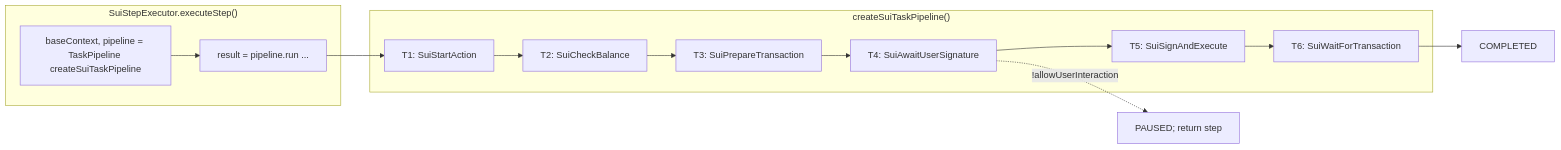
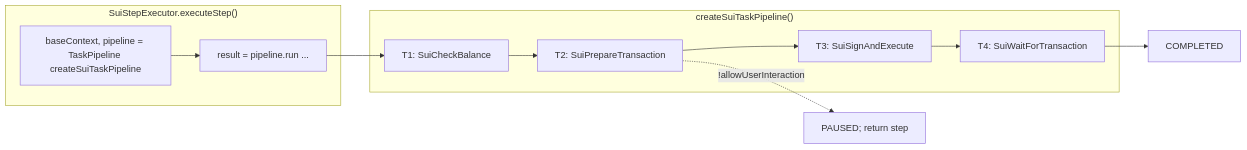
Before and after one commit to lifinance/sdk: the third of 3 diagrams in docs/task-pipeline.md, drawn with Mermaid. The commit also changed other lines of this file and 11 other files, not shown here.

````diff
--- a/docs/task-pipeline.md
+++ b/docs/task-pipeline.md
@@ -79,21 +79,19 @@
 ```mermaid
 flowchart LR
     subgraph Executor["SuiStepExecutor.executeStep()"]
         E1[baseContext, pipeline = TaskPipeline createSuiTaskPipeline]
         E2[result = pipeline.run ...]
     end
 
     subgraph Pipeline["createSuiTaskPipeline()"]
-        T1[T1: SuiStartAction]
-        T2[T2: SuiCheckBalance]
-        T3[T3: SuiPrepareTransaction]
-        T4[T4: SuiAwaitUserSignature]
-        T5[T5: SuiSignAndExecute]
-        T6[T6: SuiWaitForTransaction]
+        T1[T1: SuiCheckBalance]
+        T2[T2: SuiPrepareTransaction]
+        T3[T3: SuiSignAndExecute]
+        T4[T4: SuiWaitForTransaction]
     end
 
     E1 --> E2
-    E2 --> T1 --> T2 --> T3 --> T4 --> T5 --> T6
-    T6 --> Done[COMPLETED]
-    T4 -.->|!allowUserInteraction| Pause[PAUSED; return step]
+    E2 --> T1 --> T2 --> T3 --> T4
+    T4 --> Done[COMPLETED]
+    T2 -.->|!allowUserInteraction| Pause[PAUSED; return step]
 ```
````
